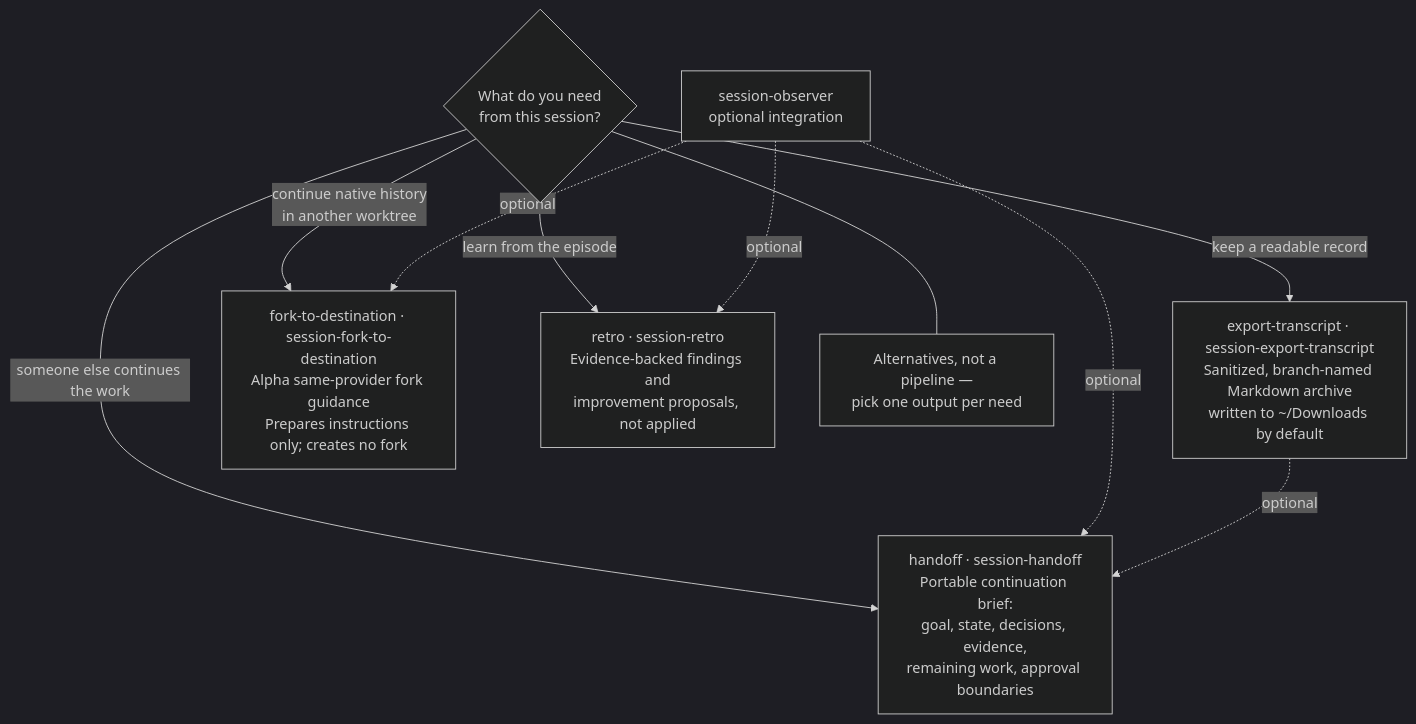
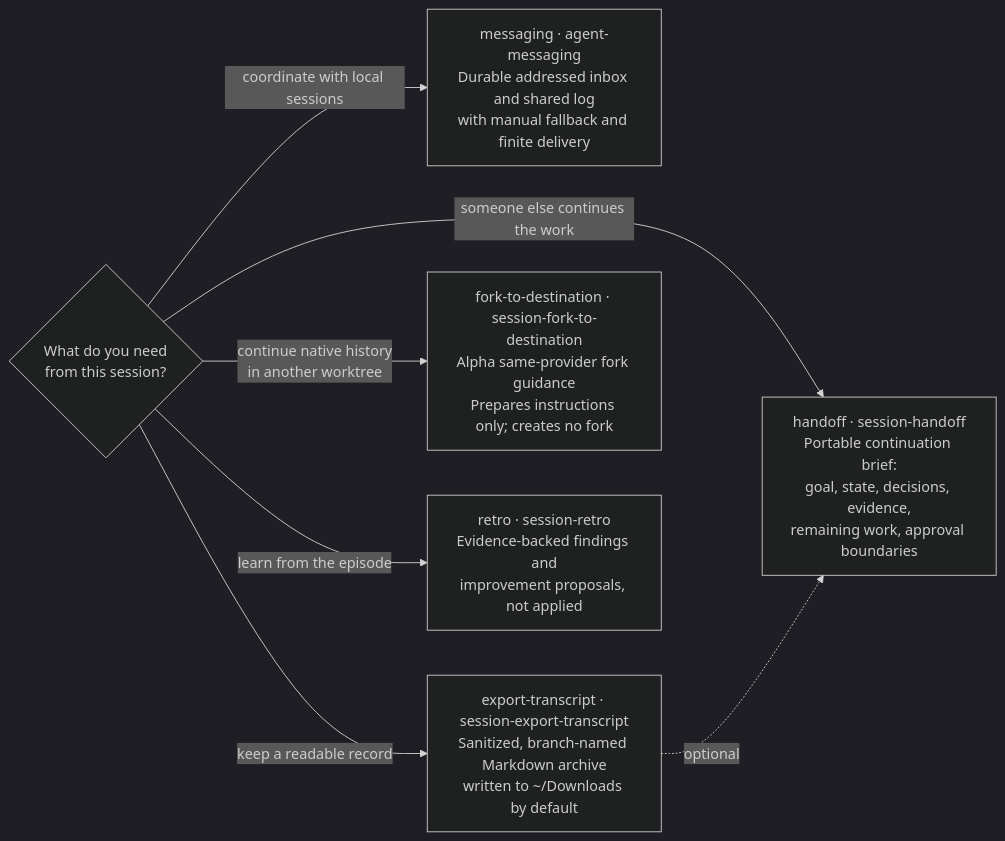
One commit to tkstang/skills changed the diagram in documentation/docs/user-guide/plugins/session/index.md. Above: the diagram before and after it, drawn with Mermaid (dark theme). The commit also changed other lines of this file and 159 other files, not shown here.

First line of the commit message:
feat(agent-messaging): add addressable local session messaging (#98)

````diff
--- a/documentation/docs/user-guide/plugins/session/index.md
+++ b/documentation/docs/user-guide/plugins/session/index.md
@@ -11,21 +12,16 @@
 ```mermaid
-flowchart TD
+flowchart LR
   Q{"What do you need<br/>from this session?"}
+  M["messaging · agent-messaging<br/>Durable addressed inbox and shared log<br/>with manual fallback and finite delivery"]
   H["handoff · session-handoff<br/>Portable continuation brief:<br/>goal, state, decisions, evidence,<br/>remaining work, approval boundaries"]
   E["export-transcript · session-export-transcript<br/>Sanitized, branch-named Markdown archive<br/>written to ~/Downloads by default"]
   F["fork-to-destination · session-fork-to-destination<br/>Alpha same-provider fork guidance<br/>Prepares instructions only; creates no fork"]
   R["retro · session-retro<br/>Evidence-backed findings and<br/>improvement proposals, not applied"]
-  OBS["session-observer<br/>optional integration"]
 
   Q -->|"someone else continues the work"| H
+  Q -->|"coordinate with local sessions"| M
   Q -->|"keep a readable record"| E
   Q -->|"continue native history<br/>in another worktree"| F
   Q -->|"learn from the episode"| R
-  OBS -.->|optional| H
-  OBS -.->|optional| R
-  OBS -.->|optional| F
   E -.->|optional| H
-
-  NOTE["Alternatives, not a pipeline —<br/>pick one output per need"]
-  Q --- NOTE
 ```
````
